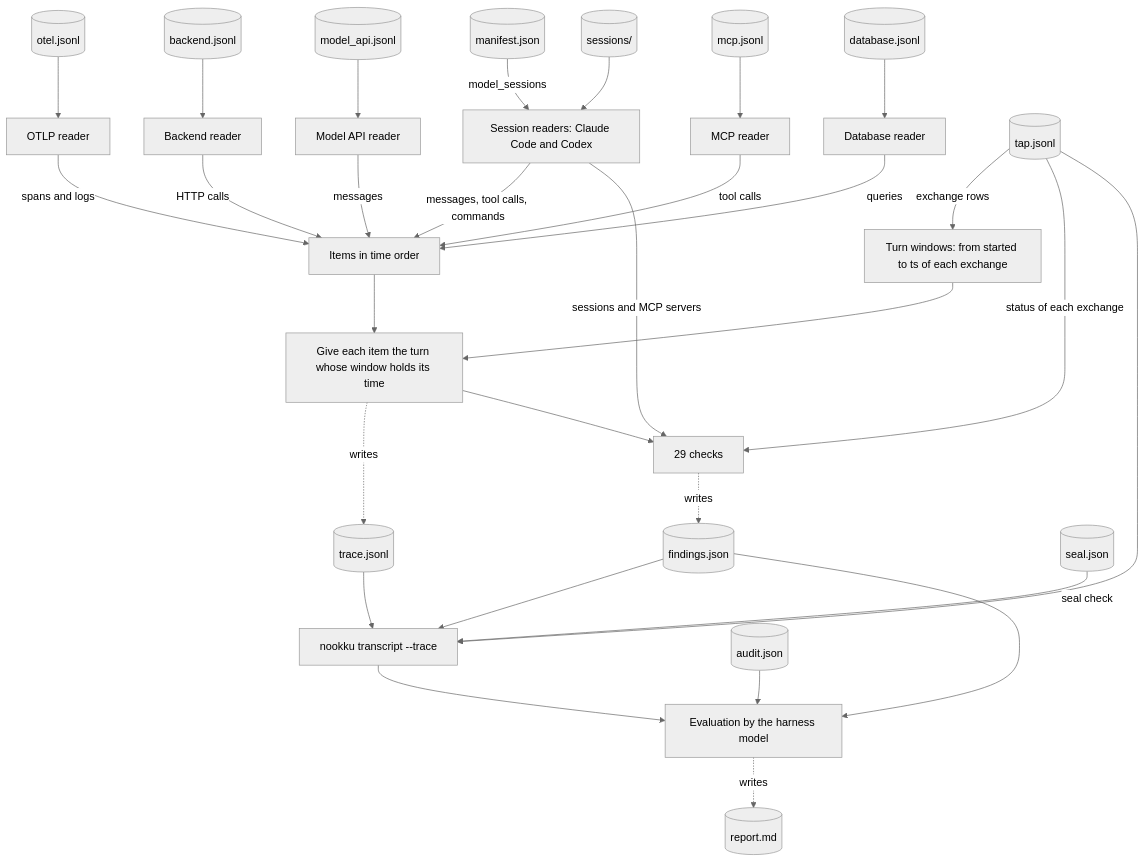
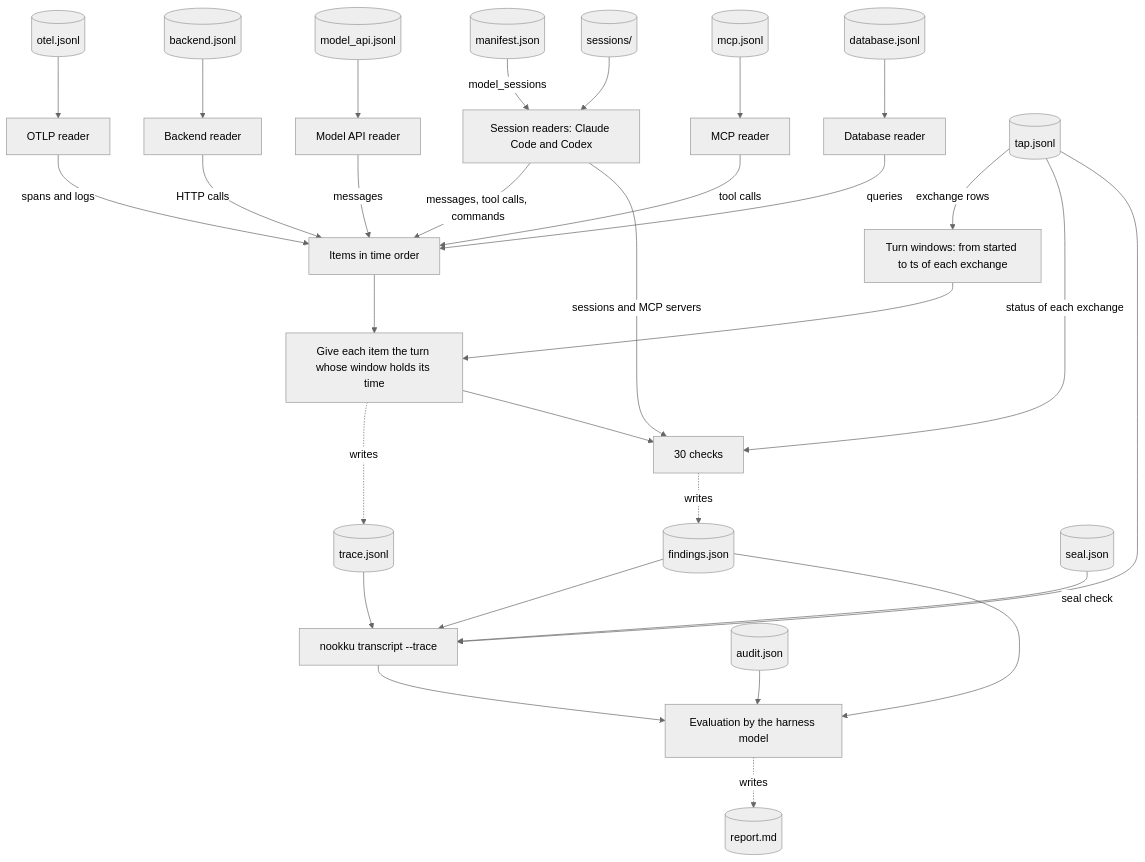
The fourth of 4 diagrams in docs/architecture.md (mohanraj00/nookku), drawn with Mermaid (neutral theme) before and after one commit. The commit also changed other lines of this file and 102 other files, not shown here.

````diff
--- a/docs/architecture.md
+++ b/docs/architecture.md
@@ -213,32 +213,32 @@
 ```mermaid
 flowchart TB
     manifestrec[(manifest.json)] -->|model_sessions| sreaders[Session readers: Claude Code and Codex]
     sessions[(sessions/)] --> sreaders
     otelrec[(otel.jsonl)] --> oreader[OTLP reader]
     backendrec[(backend.jsonl)] --> breader[Backend reader]
     modelrec[(model_api.jsonl)] --> mreader[Model API reader]
     mcprec[(mcp.jsonl)] --> mcpreader[MCP reader]
     dbrec[(database.jsonl)] --> dbreader[Database reader]
     sreaders -->|messages, tool calls, commands| items[Items in time order]
     oreader -->|spans and logs| items
     breader -->|HTTP calls| items
     mreader -->|messages| items
     mcpreader -->|tool calls| items
     dbreader -->|queries| items
     taprec[(tap.jsonl)] -->|exchange rows| windows[Turn windows: from started to ts of each exchange]
     items --> assign[Give each item the turn whose window holds its time]
     windows --> assign
     assign -.->|writes| tracerec[(trace.jsonl)]
-    assign --> checks[29 checks]
+    assign --> checks[30 checks]
     sreaders -->|sessions and MCP servers| checks
     taprec -->|status of each exchange| checks
     checks -.->|writes| findingsrec[(findings.json)]
     taprec --> transcript[nookku transcript --trace]
     tracerec --> transcript
     findingsrec --> transcript
     sealrec[(seal.json)] -->|seal check| transcript
     transcript --> eval[Evaluation by the harness model]
     findingsrec --> eval
     auditrec[(audit.json)] --> eval
     eval -.->|writes| report[(report.md)]
 ```
````
